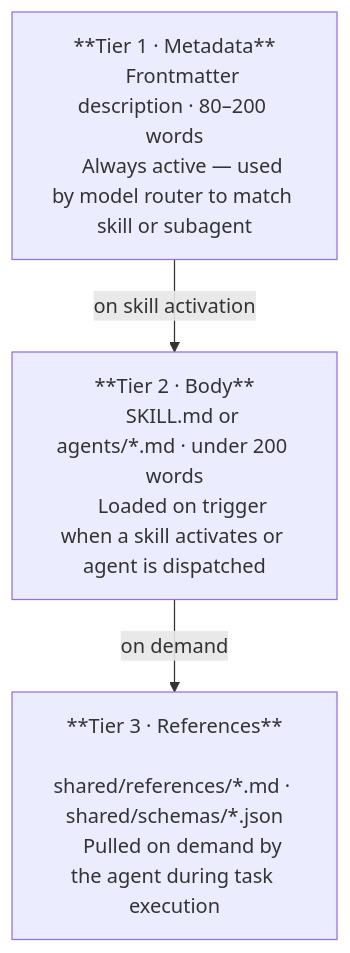
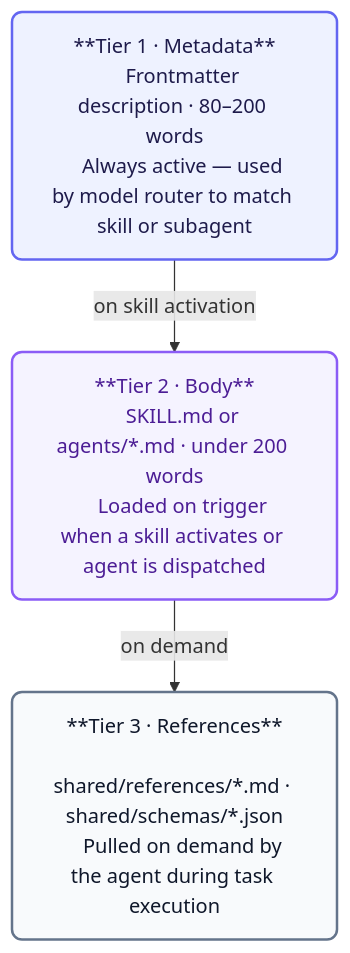
One commit to orin-dx/agent-plugins changed the first of 4 diagrams in ARCHITECTURE.md. Above: the diagram before and after it, drawn with Mermaid. The commit also changed other lines of this file and 1 other file, not shown here.

````diff
--- a/ARCHITECTURE.md
+++ b/ARCHITECTURE.md
@@ -11,17 +11,25 @@
 ```mermaid
 flowchart TD
+    classDef source fill:#eef2ff,stroke:#6366f1,stroke-width:2px,color:#1e1b4b,rx:8px,ry:8px;
+    classDef engine fill:#f5f3ff,stroke:#8b5cf6,stroke-width:2px,color:#4c1d95,rx:8px,ry:8px;
+    classDef store fill:#f8fafc,stroke:#64748b,stroke-width:2px,color:#0f172a,rx:8px,ry:8px;
+
     T1["**Tier 1 · Metadata**
     Frontmatter description · 80–200 words
     Always active — used by model router to match skill or subagent"]
 
     T2["**Tier 2 · Body**
     SKILL.md or agents/*.md · under 200 words
     Loaded on trigger when a skill activates or agent is dispatched"]
 
     T3["**Tier 3 · References**
     shared/references/*.md · shared/schemas/*.json
     Pulled on demand by the agent during task execution"]
 
     T1 -->|on skill activation| T2
     T2 -->|on demand| T3
+
+    class T1 source
+    class T2 engine
+    class T3 store
 ```
````
